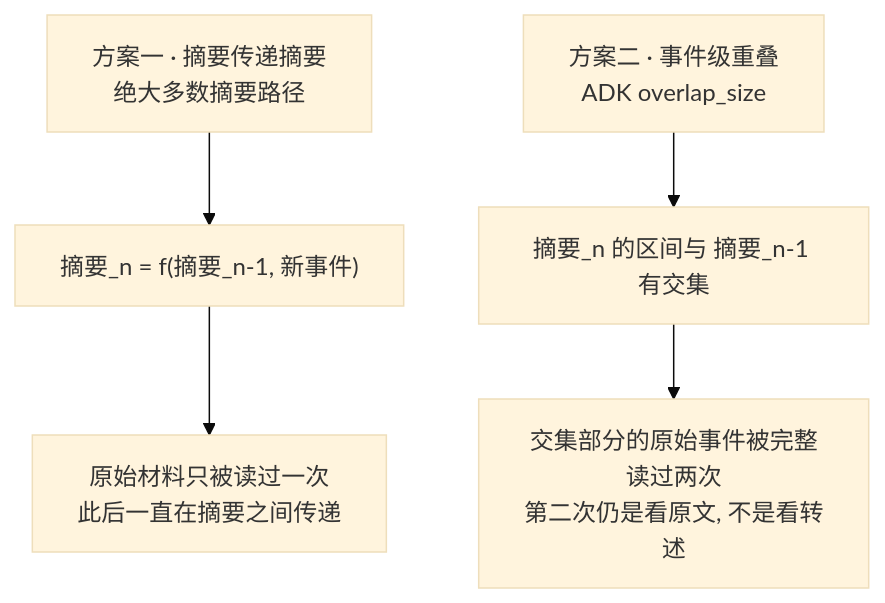
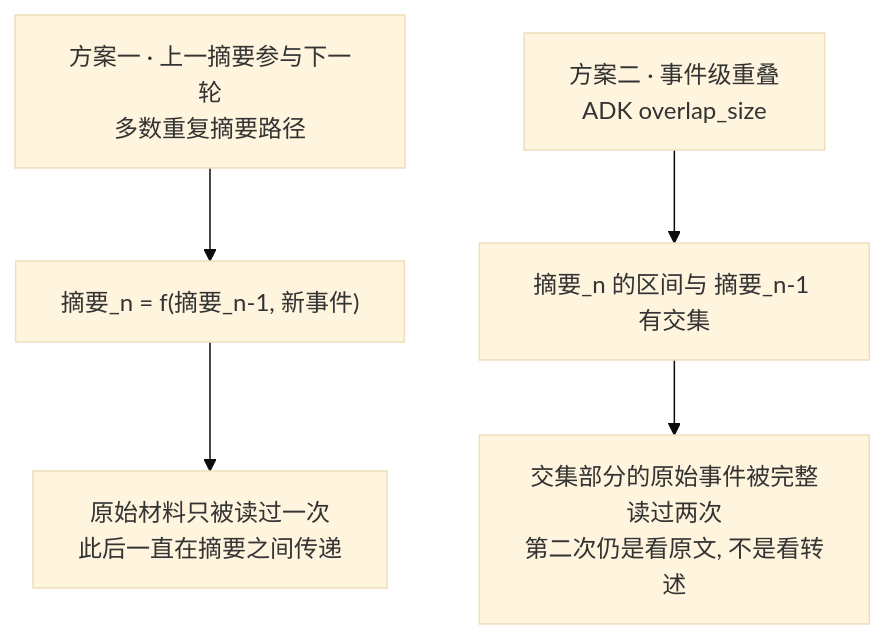
One commit to caiboyang/ML-learning changed the third of 18 diagrams in agent-context-compression/Agent_Context_Compression_Research.md. Above: the diagram before and after it, drawn with Mermaid (base theme). The commit also changed other lines of this file, not shown here.

````diff
--- a/agent-context-compression/Agent_Context_Compression_Research.md
+++ b/agent-context-compression/Agent_Context_Compression_Research.md
@@ -170,7 +171,7 @@
 ```mermaid
 flowchart TD
-    A["方案一 · 摘要传递摘要<br/>绝大多数摘要路径"] --> A1["摘要_n = f(摘要_n-1, 新事件)"]
+    A["方案一 · 上一摘要参与下一轮<br/>多数重复摘要路径"] --> A1["摘要_n = f(摘要_n-1, 新事件)"]
     A1 --> A2["原始材料只被读过一次<br/>此后一直在摘要之间传递"]
     B["方案二 · 事件级重叠<br/>ADK overlap_size"] --> B1["摘要_n 的区间与 摘要_n-1 有交集"]
     B1 --> B2["交集部分的原始事件被完整读过两次<br/>第二次仍是看原文, 不是看转述"]
 ```
````
